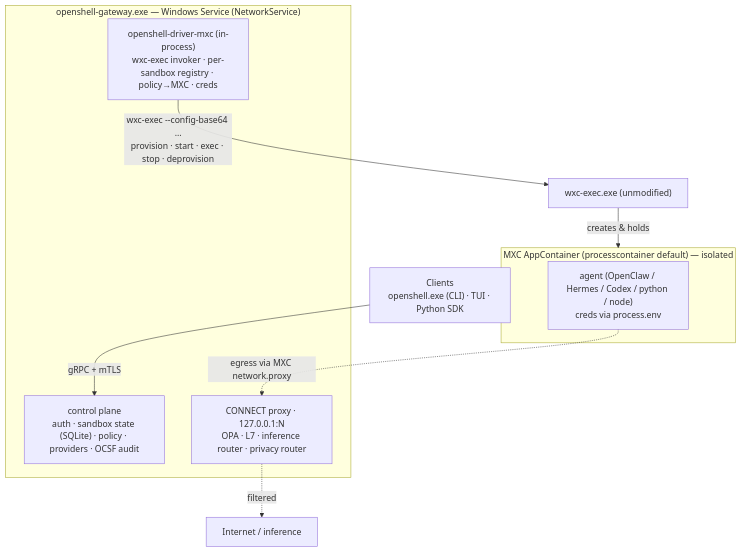
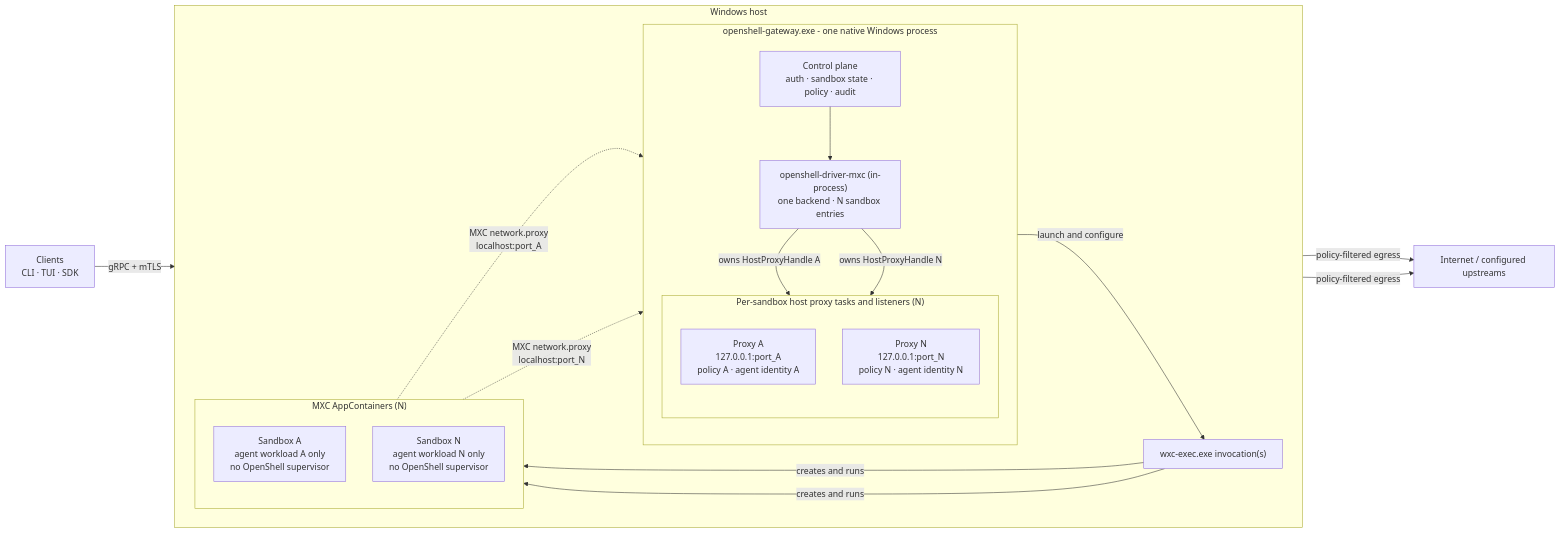
One commit to NVIDIA/OpenShell changed the first of 2 diagrams in rfc/0013-native-windows-mxc/README.md. Above: the diagram before and after it, drawn with Mermaid. The commit also changed other lines of this file, not shown here.

Commit message:
docs(rfc): clarify Windows proxy and gateway topology

````diff
--- a/rfc/0013-native-windows-mxc/README.md
+++ b/rfc/0013-native-windows-mxc/README.md
@@ -93,20 +94,45 @@
 ```mermaid
-flowchart TB
-    cli["Clients<br/>openshell.exe (CLI) · TUI · Python SDK"] -->|"gRPC + mTLS"| gw
+flowchart LR
+    clients["Clients<br/>CLI · TUI · SDK"]
+    upstreams["Internet / configured upstreams"]
 
-    subgraph svc["openshell-gateway.exe — Windows Service (NetworkService)"]
-        gw["control plane<br/>auth · sandbox state (SQLite) · policy · providers · OCSF audit"]
-        drv["openshell-driver-mxc (in-process)<br/>wxc-exec invoker · per-sandbox registry · policy→MXC · creds"]
-        proxy["CONNECT proxy · 127.0.0.1:N<br/>OPA · L7 · inference router · privacy router"]
+    subgraph host["Windows host"]
+        direction LR
+
+        subgraph gateway["openshell-gateway.exe - one native Windows process"]
+            direction TB
+
+            control["Control plane<br/>auth · sandbox state · policy · audit"]
+            driver["openshell-driver-mxc (in-process)<br/>one backend · N sandbox entries"]
+
+            subgraph proxies["Per-sandbox host proxy tasks and listeners (N)"]
+                direction TB
+                proxy_a["Proxy A<br/>127.0.0.1:port_A<br/>policy A · agent identity A"]
+                proxy_n["Proxy N<br/>127.0.0.1:port_N<br/>policy N · agent identity N"]
+            end
+
+            control --> driver
+            driver -->|"owns HostProxyHandle A"| proxy_a
+            driver -->|"owns HostProxyHandle N"| proxy_n
+        end
+
+        wxc["wxc-exec.exe invocation(s)"]
+
+        subgraph sandboxes["MXC AppContainers (N)"]
+            direction TB
+            sandbox_a["Sandbox A<br/>agent workload A only<br/>no OpenShell supervisor"]
+            sandbox_n["Sandbox N<br/>agent workload N only<br/>no OpenShell supervisor"]
+        end
+
+        driver -->|"launch and configure"| wxc
+        wxc -->|"creates and runs"| sandbox_a
+        wxc -->|"creates and runs"| sandbox_n
+
+        sandbox_a -.->|"MXC network.proxy<br/>localhost:port_A"| proxy_a
+        sandbox_n -.->|"MXC network.proxy<br/>localhost:port_N"| proxy_n
     end
 
-    drv -->|"wxc-exec --config-base64 ...<br/>provision · start · exec · stop · deprovision"| wxc["wxc-exec.exe (unmodified)"]
-    wxc -->|"creates &amp; holds"| box
-
-    subgraph box["MXC AppContainer (processcontainer default) — isolated"]
-        agent["agent (OpenClaw / Hermes / Codex / python / node)<br/>creds via process.env"]
-    end
-
-    agent -.->|"egress via MXC network.proxy"| proxy
-    proxy -.->|"filtered"| net["Internet / inference"]
+    clients -->|"gRPC + mTLS"| control
+    proxy_a -->|"policy-filtered egress"| upstreams
+    proxy_n -->|"policy-filtered egress"| upstreams
 ```
````
